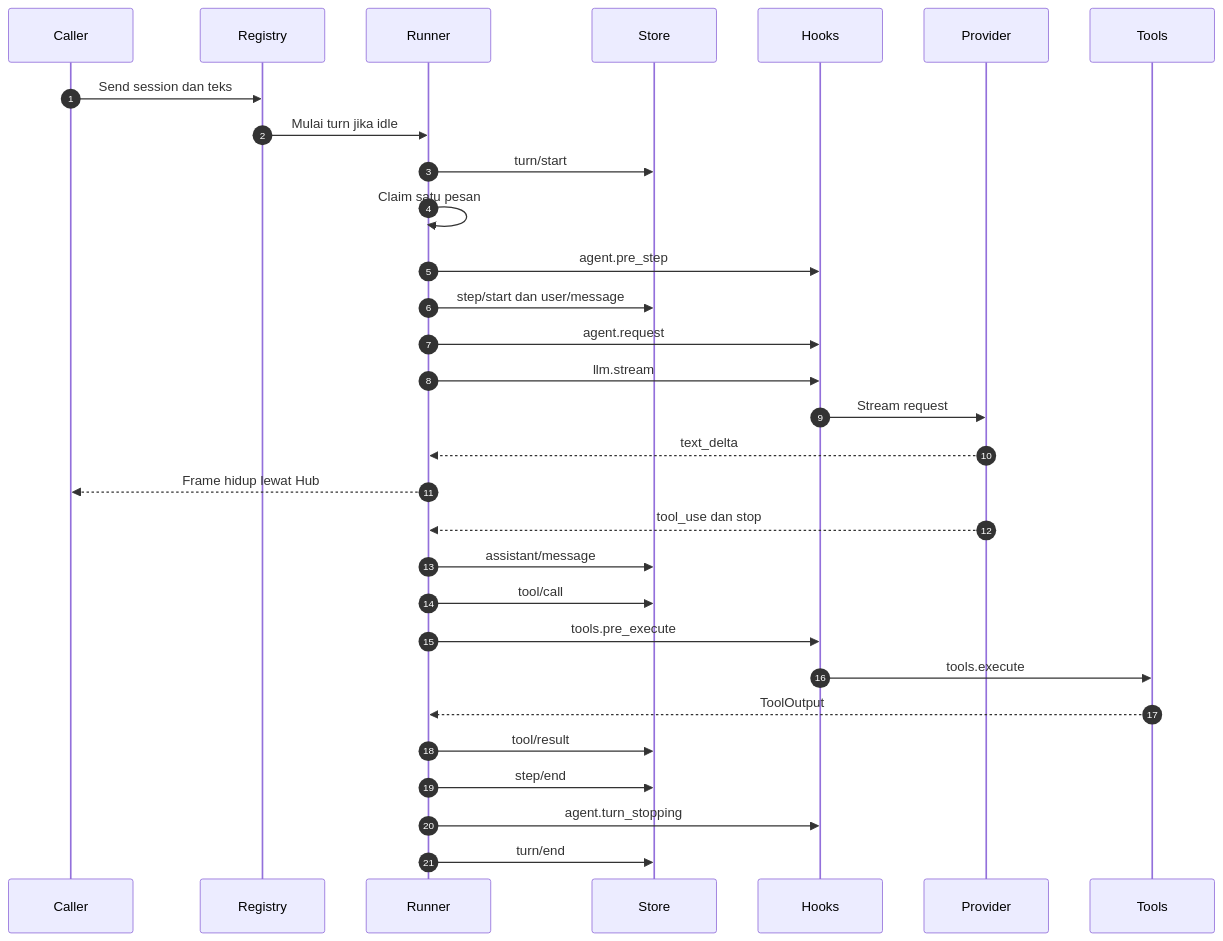
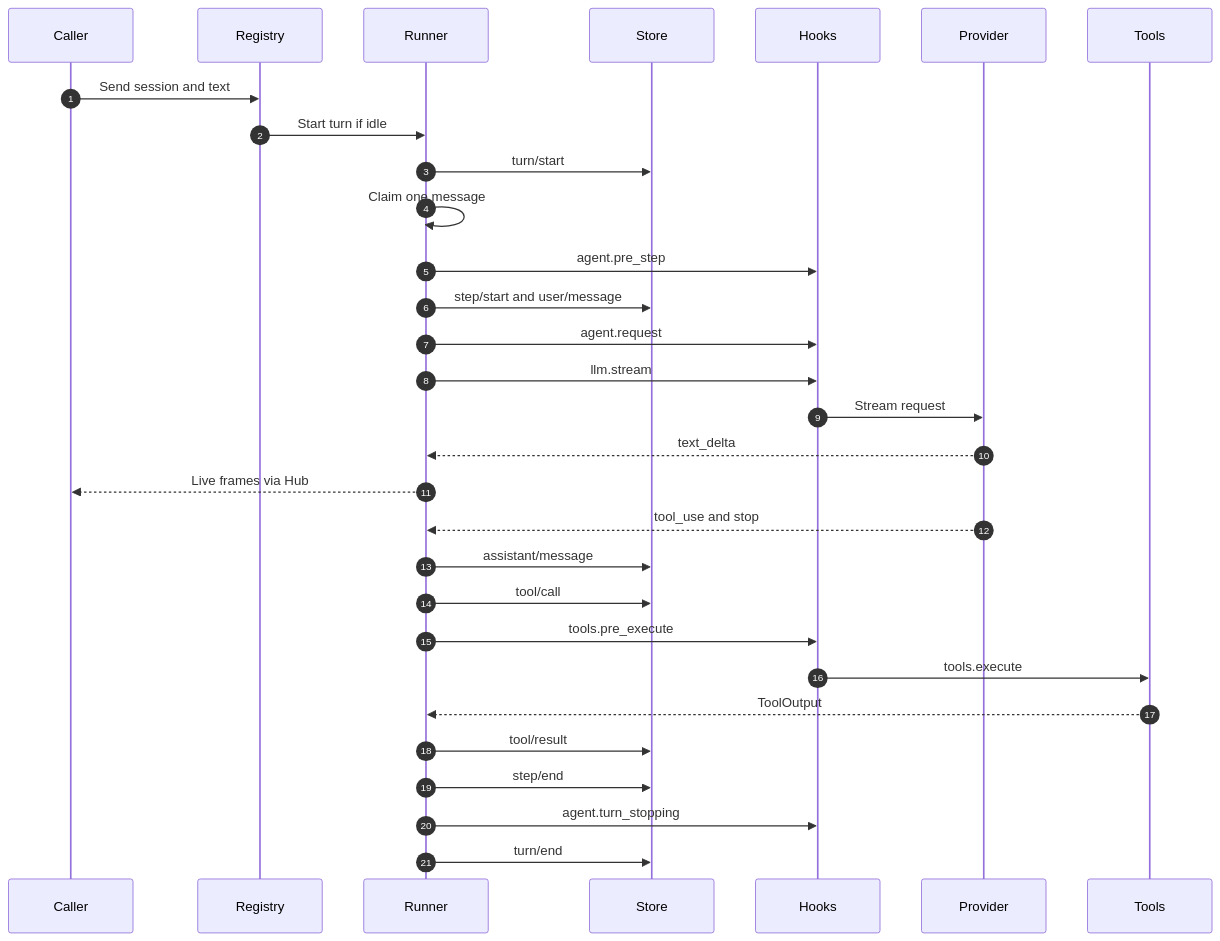
Before and after one commit to ridhomujizat/lana-harness: the second of 5 diagrams in docs/specs/3-agent-loop/design.md, drawn with Mermaid. The commit also changed other lines of this file and 172 other files, not shown here.

````diff
--- a/docs/specs/3-agent-loop/design.md
+++ b/docs/specs/3-agent-loop/design.md
@@ -167,32 +167,32 @@
 ```mermaid
 sequenceDiagram
   autonumber
   participant Caller as Caller
   participant Reg as Registry
   participant Runner
   participant Store
   participant Hooks
   participant Prov as Provider
   participant Tools
-  Caller->>Reg: Send session dan teks
-  Reg->>Runner: Mulai turn jika idle
+  Caller->>Reg: Send session and text
+  Reg->>Runner: Start turn if idle
   Runner->>Store: turn/start
-  Runner->>Runner: Claim satu pesan
+  Runner->>Runner: Claim one message
   Runner->>Hooks: agent.pre_step
-  Runner->>Store: step/start dan user/message
+  Runner->>Store: step/start and user/message
   Runner->>Hooks: agent.request
   Runner->>Hooks: llm.stream
   Hooks->>Prov: Stream request
   Prov-->>Runner: text_delta
-  Runner-->>Caller: Frame hidup lewat Hub
-  Prov-->>Runner: tool_use dan stop
+  Runner-->>Caller: Live frames via Hub
+  Prov-->>Runner: tool_use and stop
   Runner->>Store: assistant/message
   Runner->>Store: tool/call
   Runner->>Hooks: tools.pre_execute
   Hooks->>Tools: tools.execute
   Tools-->>Runner: ToolOutput
   Runner->>Store: tool/result
   Runner->>Store: step/end
   Runner->>Hooks: agent.turn_stopping
   Runner->>Store: turn/end
 ```
````
